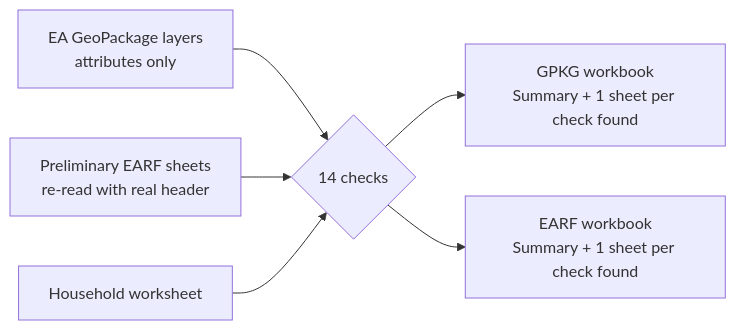
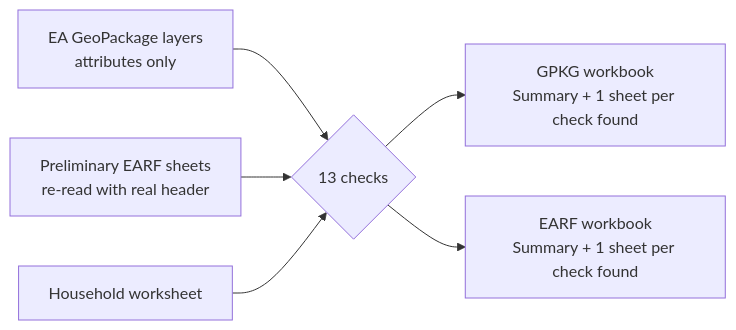
The diagram in docs/tools/test_earf_inconsistency.md (GMD-Repository/GMD_COProcessing), drawn with Mermaid before and after one commit. The commit also changed other lines of this file and 1 other file, not shown here.

Commit message:
refactor(test_earf_inconsistency): remove the inv_sy validation
The EA Type vs Source Year check is dropped from both inconsistency workbooks
and the results table. null_sy (blank Source Year) is unchanged. Help tab and
docs updated.

````diff
--- a/docs/tools/test_earf_inconsistency.md
+++ b/docs/tools/test_earf_inconsistency.md
@@ -27,8 +27,8 @@
 ```mermaid
 flowchart LR
-  G[EA GeoPackage layers<br/>attributes only] --> C{14 checks}
+  G[EA GeoPackage layers<br/>attributes only] --> C{13 checks}
   E[Preliminary EARF sheets<br/>re-read with real header] --> C
   H[Household worksheet] --> C
   C --> W1["GPKG workbook<br/>Summary + 1 sheet per check found"]
   C --> W2["EARF workbook<br/>Summary + 1 sheet per check found"]
 ```
````
